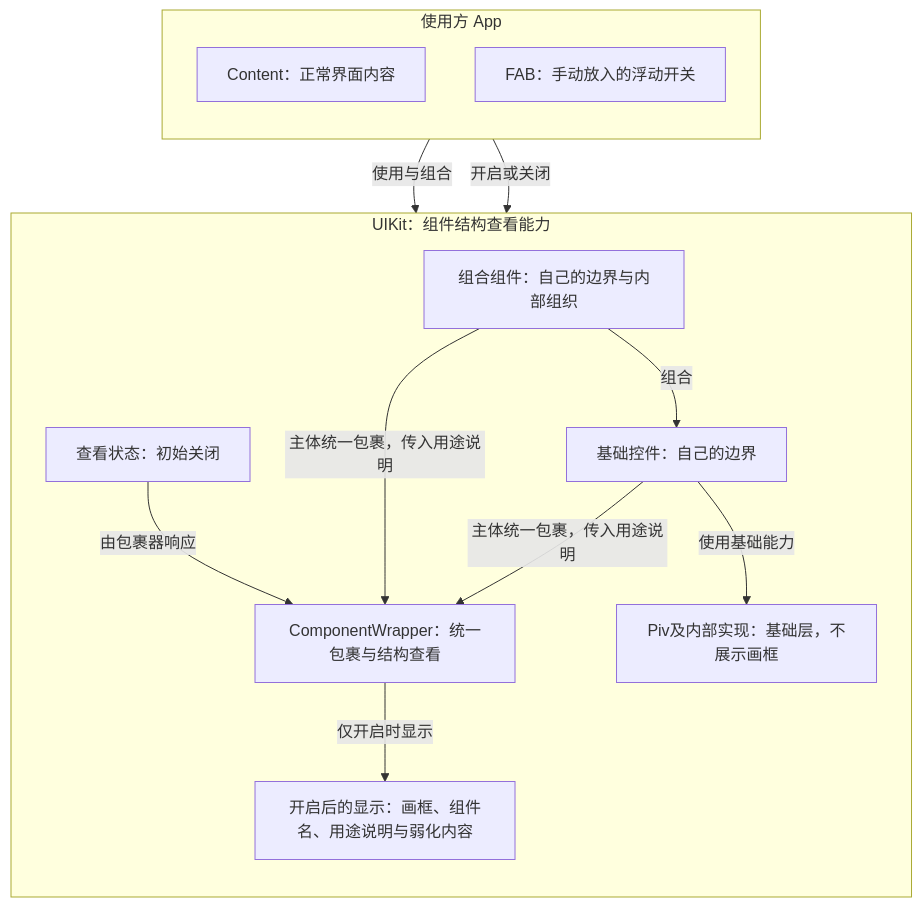
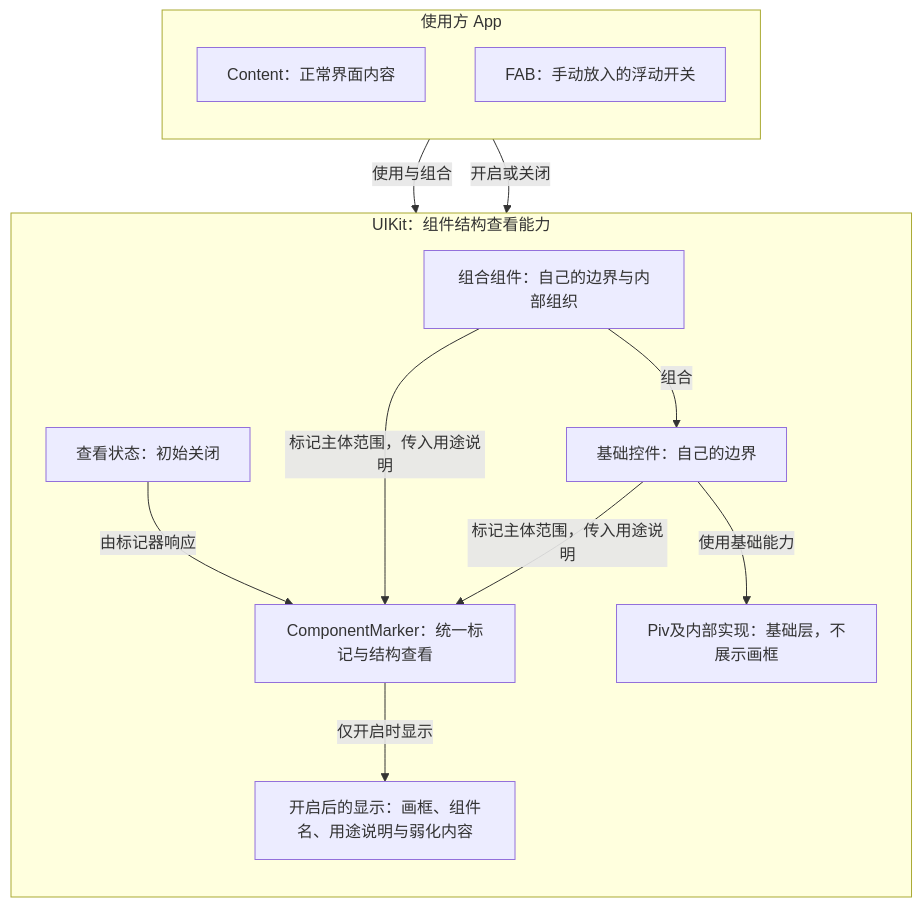
One commit to edsolater/uikit changed the diagram in docs/guide/组件结构查看.md. Above: the diagram before and after it, drawn with Mermaid. The commit also changed other lines of this file and 52 other files, not shown here.

Commit message:
🚚 componentWrapper => componentMarker

````diff
--- a/docs/guide/组件结构查看.md
+++ b/docs/guide/组件结构查看.md
@@ -62,25 +64,25 @@
 ```mermaid
 flowchart TB
     subgraph application[使用方 App]
         direction TB
         content[Content：正常界面内容]
         fab[FAB：手动放入的浮动开关]
     end
     subgraph toolkit[UIKit：组件结构查看能力]
         direction TB
         mode[查看状态：初始关闭]
         composed[组合组件：自己的边界与内部组织]
         controls[基础控件：自己的边界]
-        wrapper[ComponentWrapper：统一包裹与结构查看]
+        marker[ComponentMarker：统一标记与结构查看]
         piv[Piv及内部实现：基础层，不展示画框]
         view[开启后的显示：画框、组件名、用途说明与弱化内容]
     end
     content -->|使用与组合| composed
     composed -->|组合| controls
     controls -->|使用基础能力| piv
     fab -->|开启或关闭| mode
-    composed -->|主体统一包裹，传入用途说明| wrapper
-    controls -->|主体统一包裹，传入用途说明| wrapper
-    mode -->|由包裹器响应| wrapper
-    wrapper -->|仅开启时显示| view
+    composed -->|标记主体范围，传入用途说明| marker
+    controls -->|标记主体范围，传入用途说明| marker
+    mode -->|由标记器响应| marker
+    marker -->|仅开启时显示| view
 ```
````
